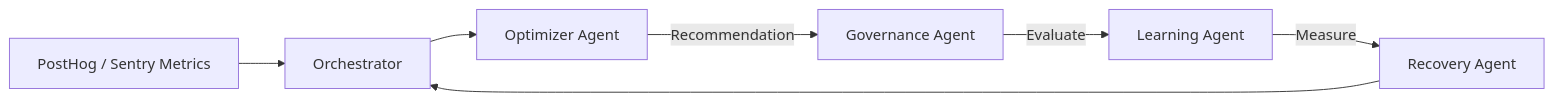
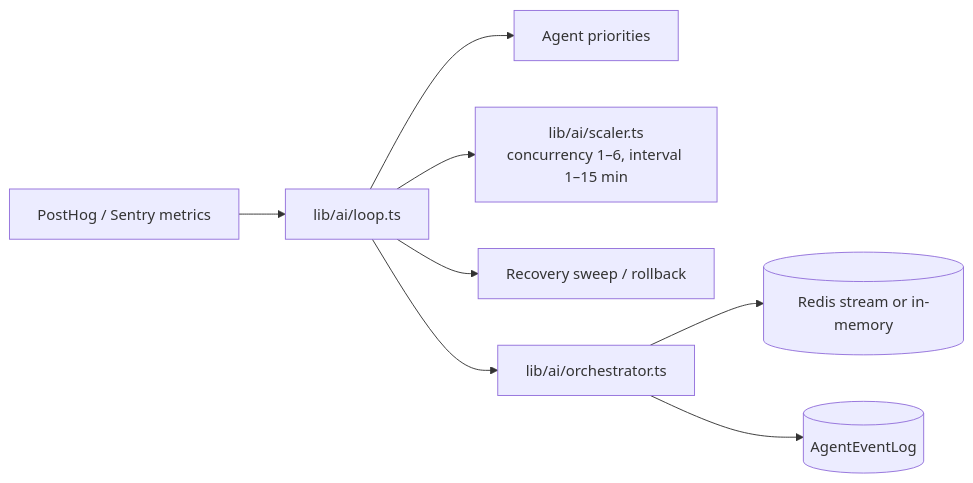
Before and after one commit to noah-isme/invosmart: the fourth of 5 diagrams in docs/ARCHITECTURE.md, drawn with Mermaid. The commit also changed other lines of this file and 24 other files, not shown here.

````diff
--- a/docs/ARCHITECTURE.md
+++ b/docs/ARCHITECTURE.md
@@ -91,9 +176,10 @@
 ```mermaid
 flowchart LR
-    Telemetry[PostHog / Sentry Metrics] --> Orchestrator
-    Orchestrator --> Optimizer[Optimizer Agent]
-    Optimizer -->|Recommendation| Governance[Governance Agent]
-    Governance -->|Evaluate| Learning[Learning Agent]
-    Learning -->|Measure| Recovery[Recovery Agent]
-    Recovery --> Orchestrator
+    Telemetry[PostHog / Sentry metrics] --> Loop[lib/ai/loop.ts]
+    Loop --> Priority[Agent priorities]
+    Loop --> Scaler[lib/ai/scaler.ts<br/>concurrency 1–6, interval 1–15 min]
+    Loop --> Recovery[Recovery sweep / rollback]
+    Loop --> Orchestrator[lib/ai/orchestrator.ts]
+    Orchestrator --> Stream[(Redis stream or in-memory)]
+    Orchestrator --> EventLog[(AgentEventLog)]
 ```
````
